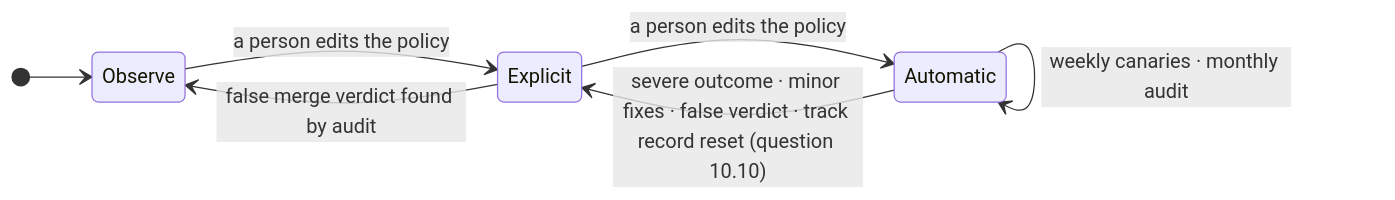
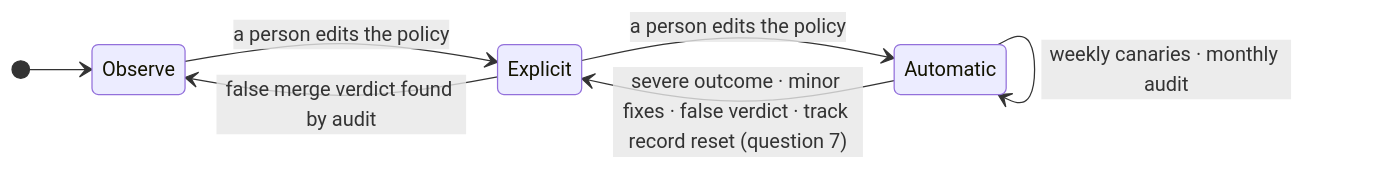
One commit to guyoron1/fullsend changed the second of 2 diagrams in docs/proposals/aisdlc-97-architecture-proposal.md. Above: the diagram before and after it, drawn with Mermaid. The commit also changed other lines of this file, not shown here.

First line of the commit message:
docs: AISDLC-97 architecture proposal, final review version

````diff
--- a/docs/proposals/aisdlc-97-architecture-proposal.md
+++ b/docs/proposals/aisdlc-97-architecture-proposal.md
@@ -277,10 +171,10 @@
 ```mermaid
 stateDiagram-v2
   direction LR
   [*] --> Observe
   Observe --> Explicit: a person edits the policy
   Explicit --> Automatic: a person edits the policy
-  Automatic --> Explicit: severe outcome · minor fixes · false verdict · track record reset (question 10.10)
+  Automatic --> Explicit: severe outcome · minor fixes · false verdict · track record reset (question 7)
   Explicit --> Observe: false merge verdict found by audit
   Automatic --> Automatic: weekly canaries · monthly audit
 ```
````
